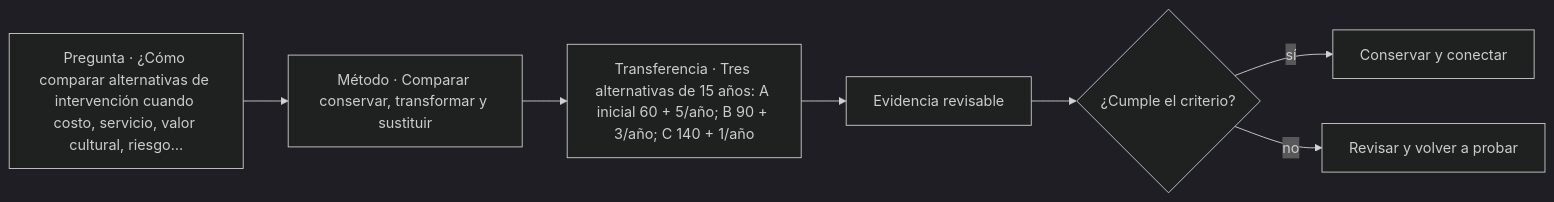
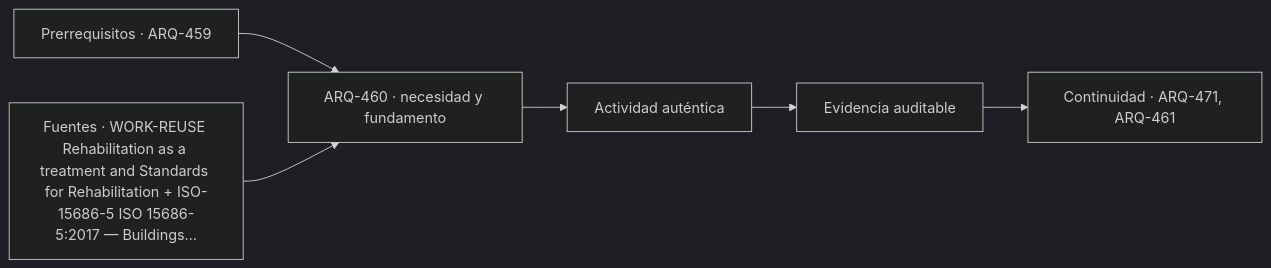
Before and after one commit to vladimiracunadev-create/architecture-built-environment-learning-program: the diagram in classes/parte-46/ARQ-460.md, drawn with Mermaid (dark theme). The commit also changed other lines of this file and 761 other files, not shown here.

````diff
--- a/classes/parte-46/ARQ-460.md
+++ b/classes/parte-46/ARQ-460.md
@@ -75,9 +87,8 @@
 ```mermaid
 flowchart LR
-    Q["Pregunta · ¿Cómo comparar alternativas de intervención cuando costo, servicio, valor cultural, riesgo…"] --> M["Método · Comparar conservar, transformar y sustituir"]
-    M --> P["Transferencia · Tres alternativas de 15 años: A inicial 60 + 5/año; B 90 + 3/año; C 140 + 1/año"]
-    P --> E["Evidencia revisable"]
-    E --> C{"¿Cumple el criterio?"}
-    C -->|sí| T["Conservar y conectar"]
-    C -->|no| R["Revisar y volver a probar"]
+    A["Prerrequisitos · ARQ-459"] --> B["ARQ-460 · necesidad y fundamento"]
+    S["Fuentes · WORK-REUSE Rehabilitation as a treatment and Standards for Rehabilitation + ISO-15686-5 ISO 15686-5:2017 — Buildings…"] --> B
+    B --> C["Actividad auténtica"]
+    C --> D["Evidencia auditable"]
+    D --> E["Continuidad · ARQ-471, ARQ-461"]
 ```
````
